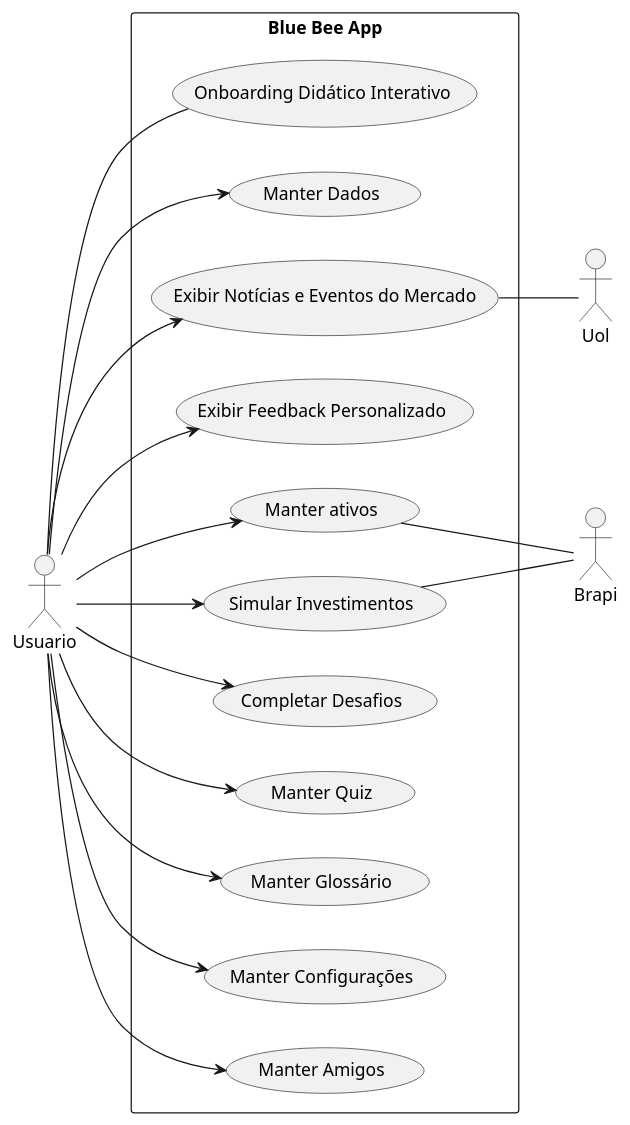
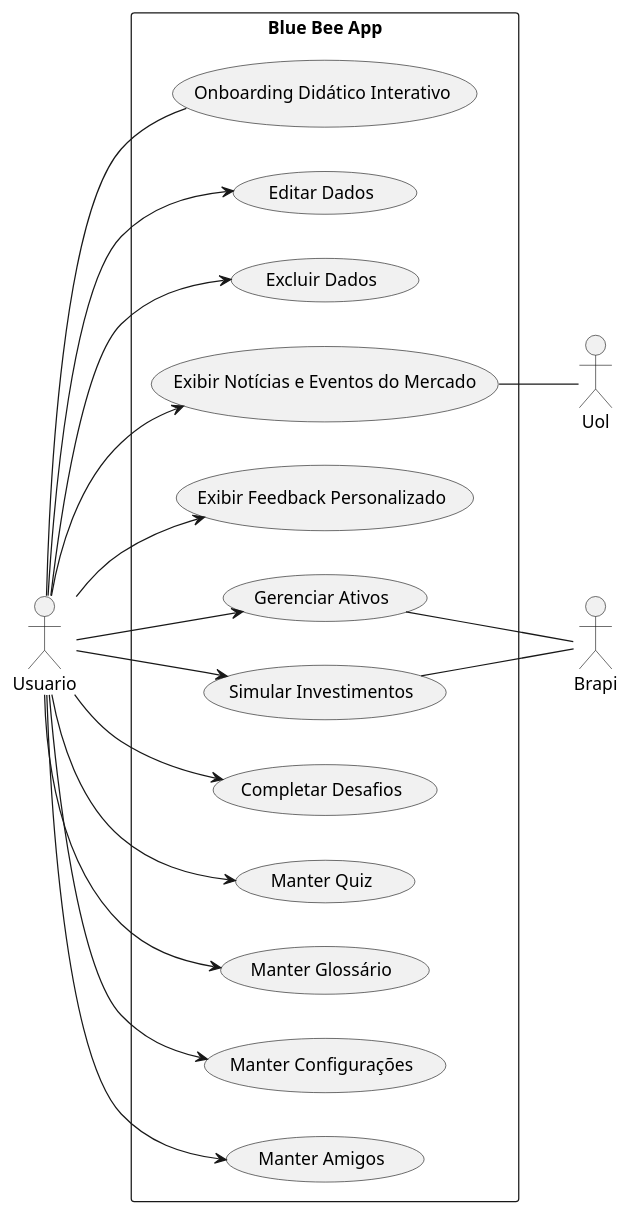
Before and after one commit to pedrOfsilveira/diagramas: the diagram in casosdeuso.wsd, drawn with PlantUML. The commit also changed 3 other files, not shown here.

```diff
--- a/casosdeuso.wsd
+++ b/casosdeuso.wsd
@@ -1,39 +1,46 @@
 @startuml
 left to right direction
 :Usuario:
 
 rectangle "Blue Bee App" {
     usecase "Onboarding Didático Interativo" as C1
-    usecase "Manter Dados" as C2
-    usecase "Exibir Notícias e Eventos do Mercado" as C3
-    usecase "Exibir Feedback Personalizado" as C4
-    usecase "Manter ativos" as C5
-    usecase "Simular Investimentos" as C6
-    usecase "Completar Desafios" as C7
-    usecase "Manter Quiz" as C8
-    usecase "Manter Glossário" as C9
-    usecase "Manter Configurações" as C10
-    usecase "Manter Amigos" as C11
+    usecase "Editar Dados" as C2
+    usecase "Excluir Dados" as C3
+    usecase "Exibir Notícias e Eventos do Mercado" as C4
+    usecase "Exibir Feedback Personalizado" as C5
+    usecase "Gerenciar Ativos" as C6
+    usecase "Simular Investimentos" as C7
+    usecase "Completar Desafios" as C8
+    usecase "Manter Quiz" as C9
+    usecase "Manter Glossário" as C10
+    usecase "Manter Configurações" as C11
+    usecase "Manter Amigos" as C12
+    ' (Editar Dados) .> C2 :include
+    ' (Excluir Conta) .> C2 :include
+    ' (Comprar Ativos) .> C5 :include
+    ' (Vender Ativos) .> C5 :include
+    ' (Pesquisar Palavra) .> C9 :include
 }
 
 :Uol:
 :Brapi:
 
 Usuario -- C1
 Usuario --> C2
 Usuario --> C3
 Usuario --> C4
 Usuario --> C5
 Usuario --> C6
 Usuario --> C7
 Usuario --> C8
 Usuario --> C9
 Usuario --> C10
 Usuario --> C11
+Usuario --> C12
 
-C3 -- Uol
+C4 -- Uol
 
-C5 -- Brapi
 C6 -- Brapi
+C7 -- Brapi
 
 @enduml
```
